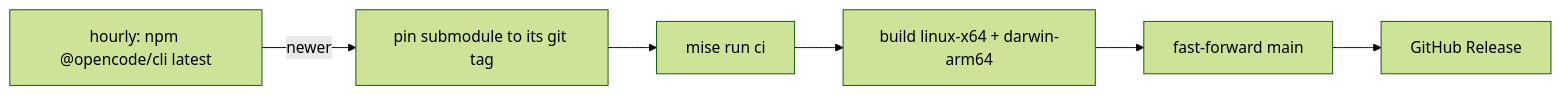
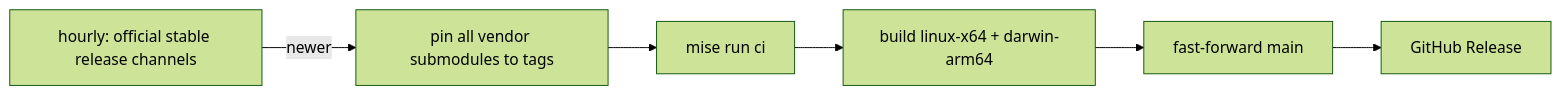
The diagram in README.md (qihang-zhang/fixed-opencode-v2), drawn with Mermaid (forest theme) before and after one commit. The commit also changed other lines of this file and 18 other files, not shown here.

````diff
--- a/README.md
+++ b/README.md
@@ -57,8 +61,8 @@
 ```mermaid
 flowchart LR
-  A[hourly: npm @opencode/cli latest] -->|newer| B[pin submodule to its git tag]
+  A[hourly: official stable release channels] -->|newer| B[pin all vendor submodules to tags]
   B --> C[mise run ci]
   C --> D[build linux-x64 + darwin-arm64]
   D --> E[fast-forward main]
   E --> F[GitHub Release]
 ```
````
